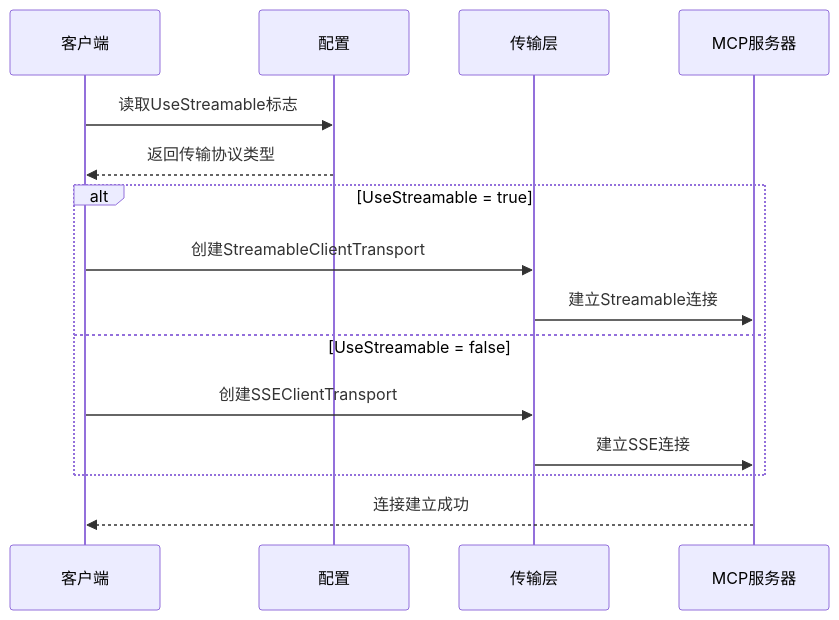
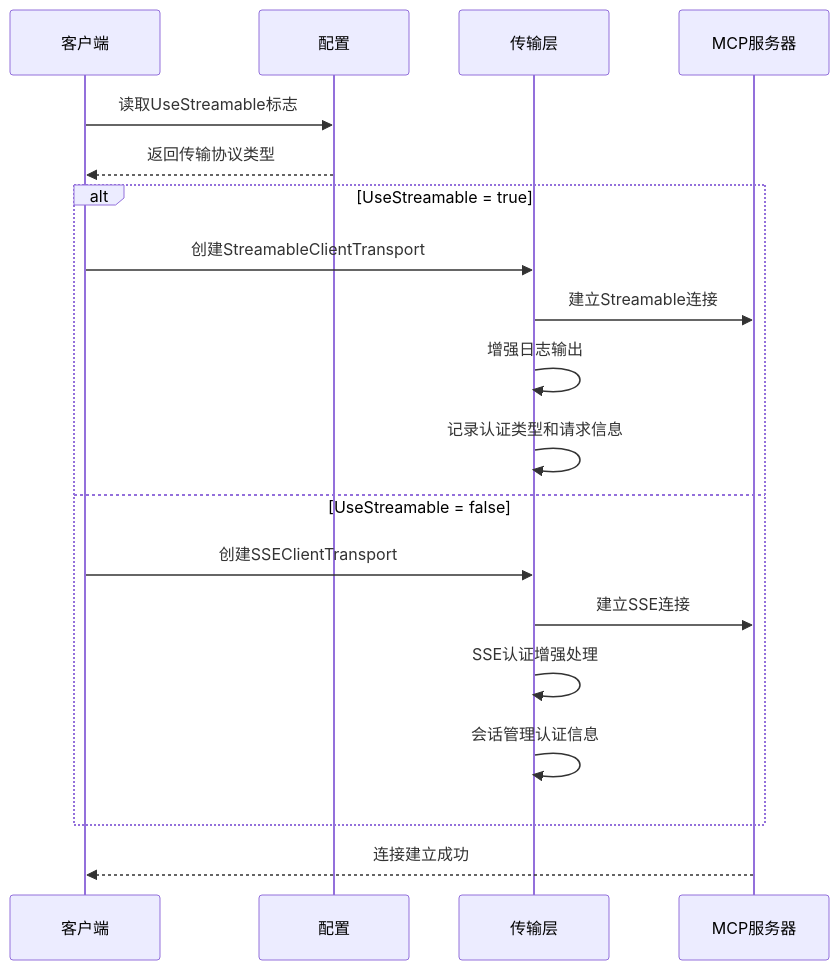
Before and after one commit to maomao94/zero-service: diagram 18 of 19 in .qoder/repowiki/zh/content/核心服务详解/Mcpx客户端包.md, drawn with Mermaid. The commit also changed other lines of this file and 11 other files, not shown here.

````diff
--- a/.qoder/repowiki/zh/content/核心服务详解/Mcpx客户端包.md
+++ b/.qoder/repowiki/zh/content/核心服务详解/Mcpx客户端包.md
@@ -491,17 +676,21 @@
 ```mermaid
 sequenceDiagram
 participant Client as 客户端
 participant Config as 配置
 participant Transport as 传输层
 participant Server as MCP服务器
 Client->>Config : 读取UseStreamable标志
 Config-->>Client : 返回传输协议类型
 alt UseStreamable = true
 Client->>Transport : 创建StreamableClientTransport
 Transport->>Server : 建立Streamable连接
+Transport->>Transport : 增强日志输出
+Transport->>Transport : 记录认证类型和请求信息
 else UseStreamable = false
 Client->>Transport : 创建SSEClientTransport
 Transport->>Server : 建立SSE连接
+Transport->>Transport : SSE认证增强处理
+Transport->>Transport : 会话管理认证信息
 end
 Server-->>Client : 连接建立成功
 ```
````
